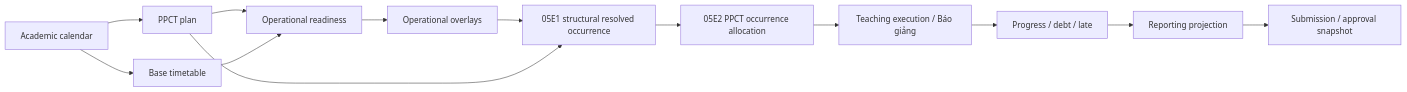
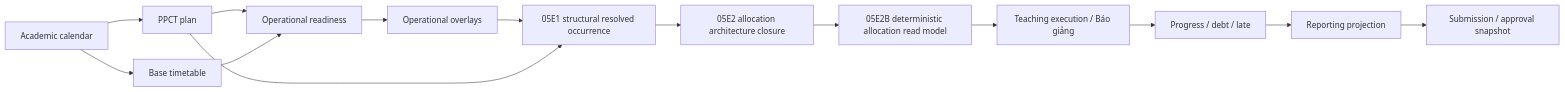
Before and after one commit to hvtnguyenson-code/baogiang-damsan: the first of 2 diagrams in docs/architecture/CORE-BACKEND-ROADMAP.md, drawn with Mermaid. The commit also changed other lines of this file and 4 other files, not shown here.

Commit message:
docs(architecture): close PPCT occurrence allocation model

````diff
--- a/docs/architecture/CORE-BACKEND-ROADMAP.md
+++ b/docs/architecture/CORE-BACKEND-ROADMAP.md
@@ -11,15 +11,16 @@
 ```mermaid
 flowchart LR
   CAL["Academic calendar"] --> PPCT["PPCT plan"]
   CAL --> TKB["Base timetable"]
   PPCT --> READY["Operational readiness"]
   TKB --> READY
   READY --> OVERLAY["Operational overlays"]
   OVERLAY --> OCC["05E1 structural resolved occurrence"]
   PPCT --> OCC
-  OCC --> ALLOC["05E2 PPCT occurrence allocation"]
+  OCC --> ALLOC_ARCH["05E2 allocation architecture closure"]
+  ALLOC_ARCH --> ALLOC["05E2B deterministic allocation read model"]
   ALLOC --> EXEC["Teaching execution / Báo giảng"]
   EXEC --> PROG["Progress / debt / late"]
   PROG --> REPORT["Reporting projection"]
   REPORT --> SNAP["Submission / approval snapshot"]
 ```
````
